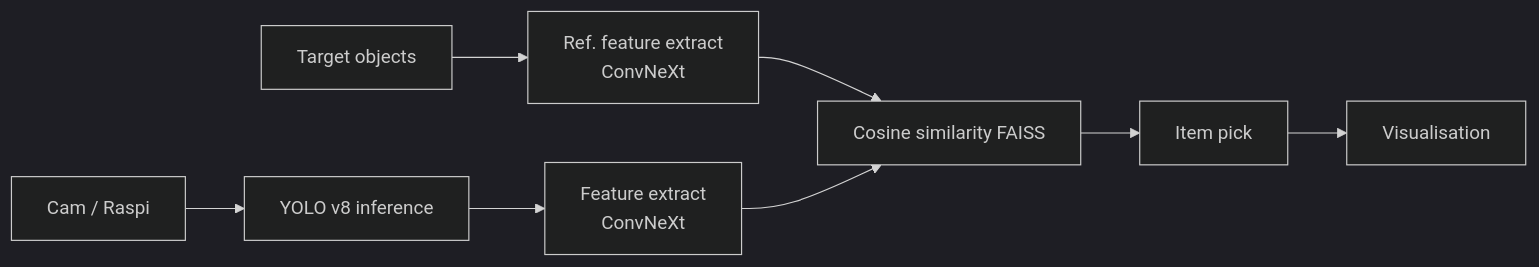
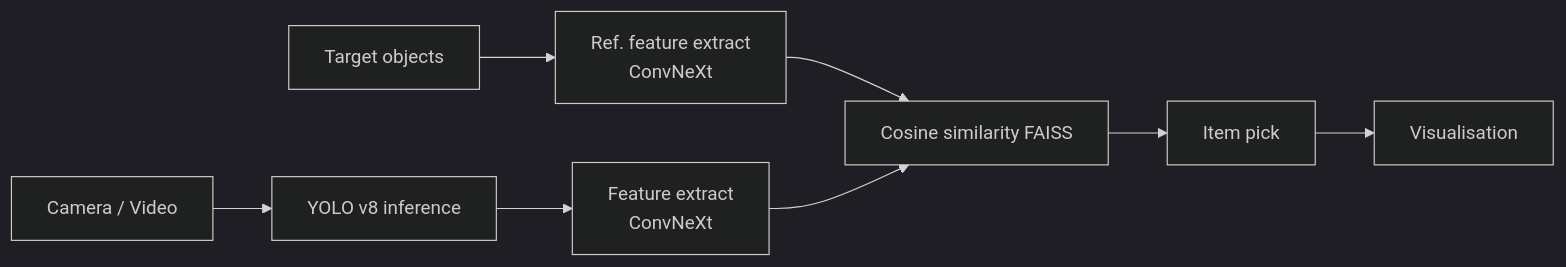
One commit to Andy1977D/Regalscan changed the diagram in README.md. Above: the diagram before and after it, drawn with Mermaid (dark theme).

````diff
--- a/README.md
+++ b/README.md
@@ -33,13 +33,13 @@
 ```mermaid
 graph LR
     %% reference features
     X[Target objects] --> Y[Ref. feature extract<br/>ConvNeXt]
     Y --> E
 
     %% live pipeline
-    A[Cam / Raspi] --> C[YOLO v8 inference]
+    A[Camera / Video] --> C[YOLO v8 inference]
     C --> D[Feature extract<br/>ConvNeXt]
     D --> E[Cosine similarity FAISS]
     E --> G[Item pick]
     G --> H[Visualisation]
 ```
````
